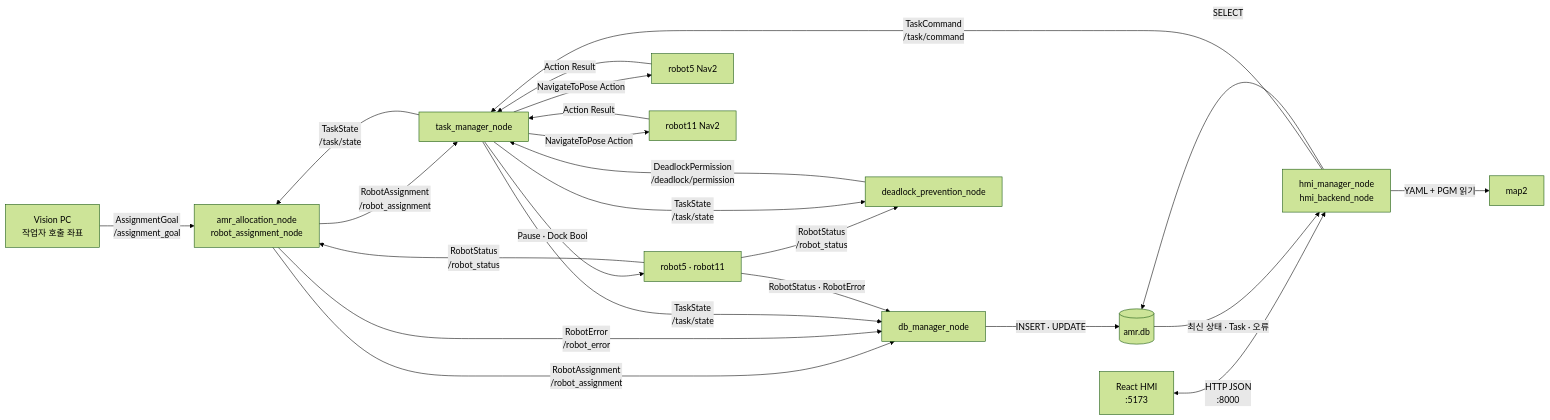
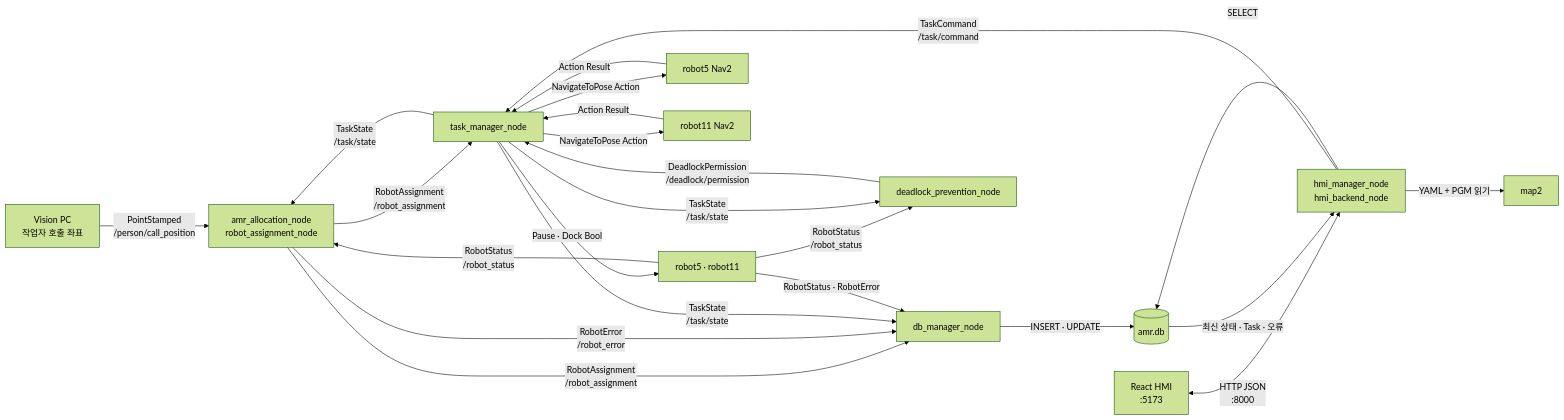
Before and after one commit to bh8648/team4_amr_assist: the first of 7 diagrams in real_project/CENTRAL_SYSTEM_NODE_FLOW.md, drawn with Mermaid (forest theme). The commit also changed other lines of this file and 10 other files, not shown here.

````diff
--- a/real_project/CENTRAL_SYSTEM_NODE_FLOW.md
+++ b/real_project/CENTRAL_SYSTEM_NODE_FLOW.md
@@ -5,29 +5,29 @@
 ```mermaid
 flowchart LR
-    Vision[Vision PC\n작업자 호출 좌표] -->|AssignmentGoal\n/assignment_goal| Allocation[amr_allocation_node\nrobot_assignment_node]
+    Vision[Vision PC\n작업자 호출 좌표] -->|PointStamped\n/person/call_position| Allocation[amr_allocation_node\nrobot_assignment_node]
     Robots[robot5 · robot11] -->|RobotStatus\n/robot_status| Allocation
     Allocation -->|RobotAssignment\n/robot_assignment| Task[task_manager_node]
     Allocation -->|RobotAssignment\n/robot_assignment| DB[db_manager_node]
     Allocation -->|RobotError\n/robot_error| DB
 
     Browser[React HMI\n:5173] <-->|HTTP JSON\n:8000| HMI[hmi_manager_node\nhmi_backend_node]
     HMI -->|TaskCommand\n/task/command| Task
     HMI -->|SELECT| Database[(amr.db)]
     HMI -->|YAML + PGM 읽기| Map[map2]
 
     Task -->|TaskState\n/task/state| DB
     Task -->|TaskState\n/task/state| Allocation
     Task -->|NavigateToPose Action| Nav5[robot5 Nav2]
     Task -->|NavigateToPose Action| Nav11[robot11 Nav2]
     Nav5 -->|Action Result| Task
     Nav11 -->|Action Result| Task
     Task -->|Pause · Dock Bool| Robots
 
     Robots -->|RobotStatus\n/robot_status| Deadlock[deadlock_prevention_node]
     Task -->|TaskState\n/task/state| Deadlock
     Deadlock -->|DeadlockPermission\n/deadlock/permission| Task
 
     Robots -->|RobotStatus · RobotError| DB
     DB -->|INSERT · UPDATE| Database
     Database -->|최신 상태 · Task · 오류| HMI
 ```
````
